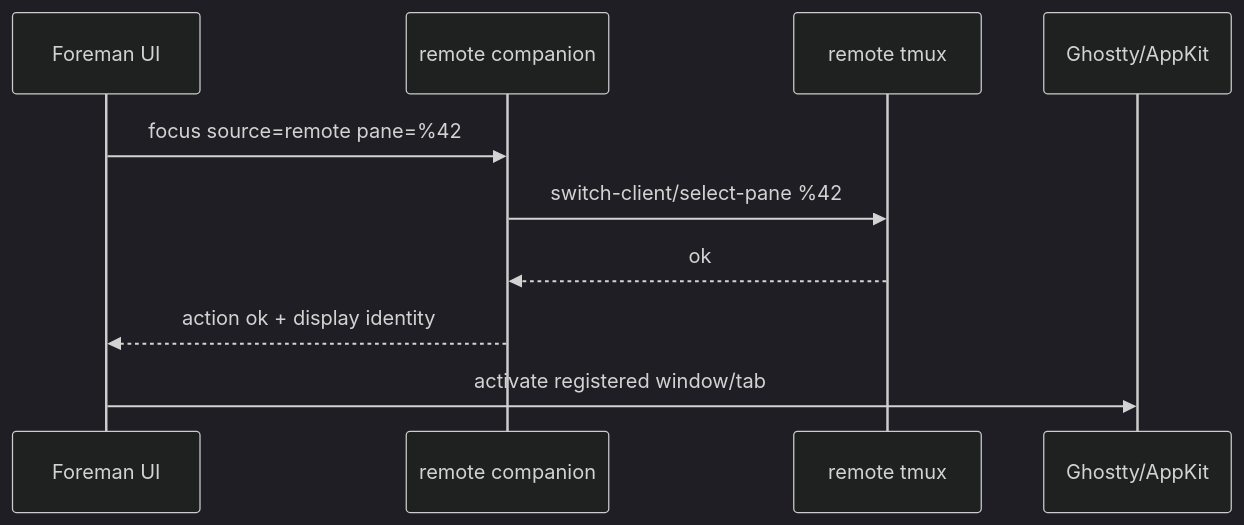
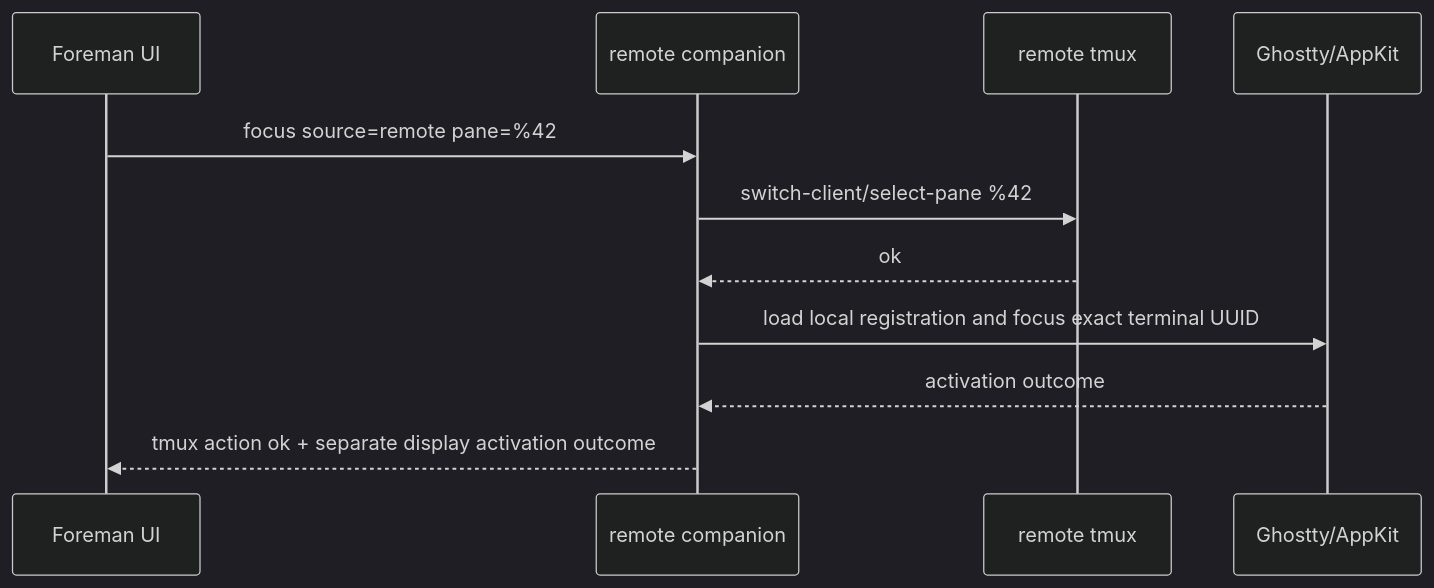
The eighth of 8 diagrams in docs/decisions/0004-source-companion-relay.md (safurrier/foreman), drawn with Mermaid (dark theme) before and after one commit. The commit also changed other lines of this file and 15 other files, not shown here.

Commit message:
Register exact Ghostty display identities

````diff
--- a/docs/decisions/0004-source-companion-relay.md
+++ b/docs/decisions/0004-source-companion-relay.md
@@ -492,13 +490,14 @@
 ```mermaid
 sequenceDiagram
     participant UI as Foreman UI
     participant Companion as remote companion
     participant Tmux as remote tmux
     participant Display as Ghostty/AppKit
 
     UI->>Companion: focus source=remote pane=%42
     Companion->>Tmux: switch-client/select-pane %42
     Tmux-->>Companion: ok
-    Companion-->>UI: action ok + display identity
-    UI->>Display: activate registered window/tab
+    Companion->>Display: load local registration and focus exact terminal UUID
+    Display-->>Companion: activation outcome
+    Companion-->>UI: tmux action ok + separate display activation outcome
 ```
````
